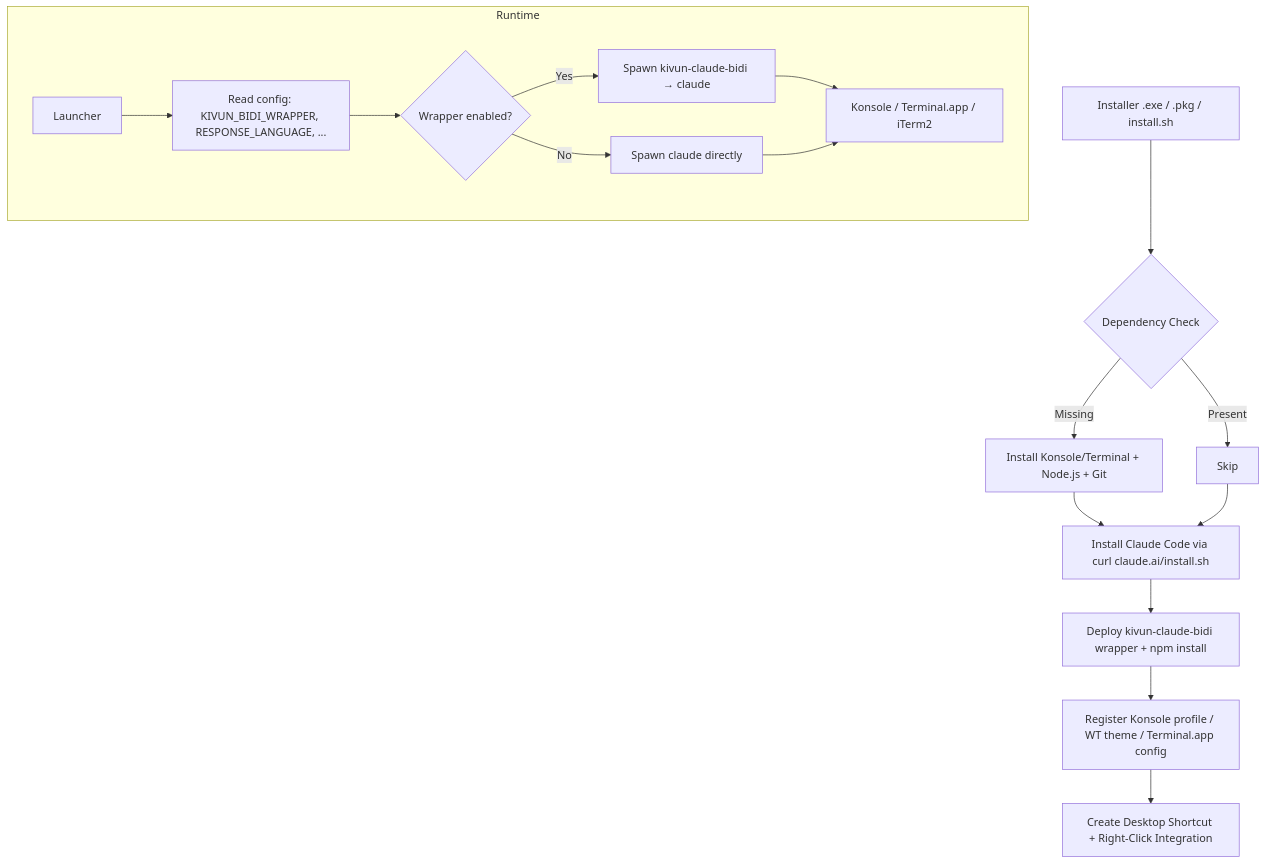
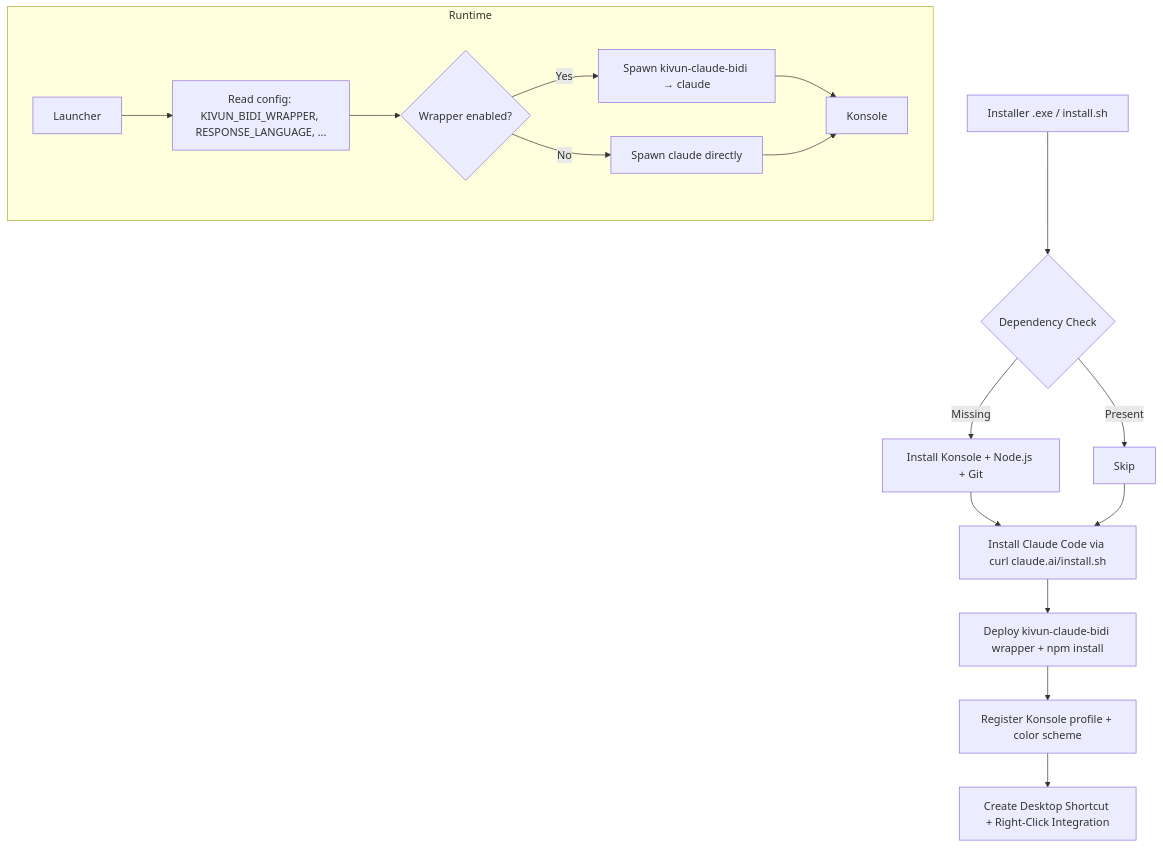
Before and after one commit to yechielby/kivun-terminal-wsl: the second of 2 diagrams in README.md, drawn with Mermaid. The commit also changed other lines of this file and 15 other files, not shown here.

````diff
--- a/README.md
+++ b/README.md
@@ -329,20 +301,20 @@
 ```mermaid
 graph TD
-    A[Installer .exe / .pkg / install.sh] --> B{Dependency Check}
-    B -->|Missing| C[Install Konsole/Terminal + Node.js + Git]
+    A[Installer .exe / install.sh] --> B{Dependency Check}
+    B -->|Missing| C[Install Konsole + Node.js + Git]
     B -->|Present| D[Skip]
     C --> E[Install Claude Code via curl claude.ai/install.sh]
     D --> E
     E --> F[Deploy kivun-claude-bidi wrapper + npm install]
-    F --> G[Register Konsole profile / WT theme / Terminal.app config]
+    F --> G[Register Konsole profile + color scheme]
     G --> H[Create Desktop Shortcut + Right-Click Integration]
 
     subgraph Runtime
         I[Launcher] --> J[Read config: KIVUN_BIDI_WRAPPER, RESPONSE_LANGUAGE, ...]
         J --> K{Wrapper enabled?}
         K -->|Yes| L[Spawn kivun-claude-bidi → claude]
         K -->|No| M[Spawn claude directly]
-        L --> N[Konsole / Terminal.app / iTerm2]
+        L --> N[Konsole]
         M --> N
     end
 ```
````
